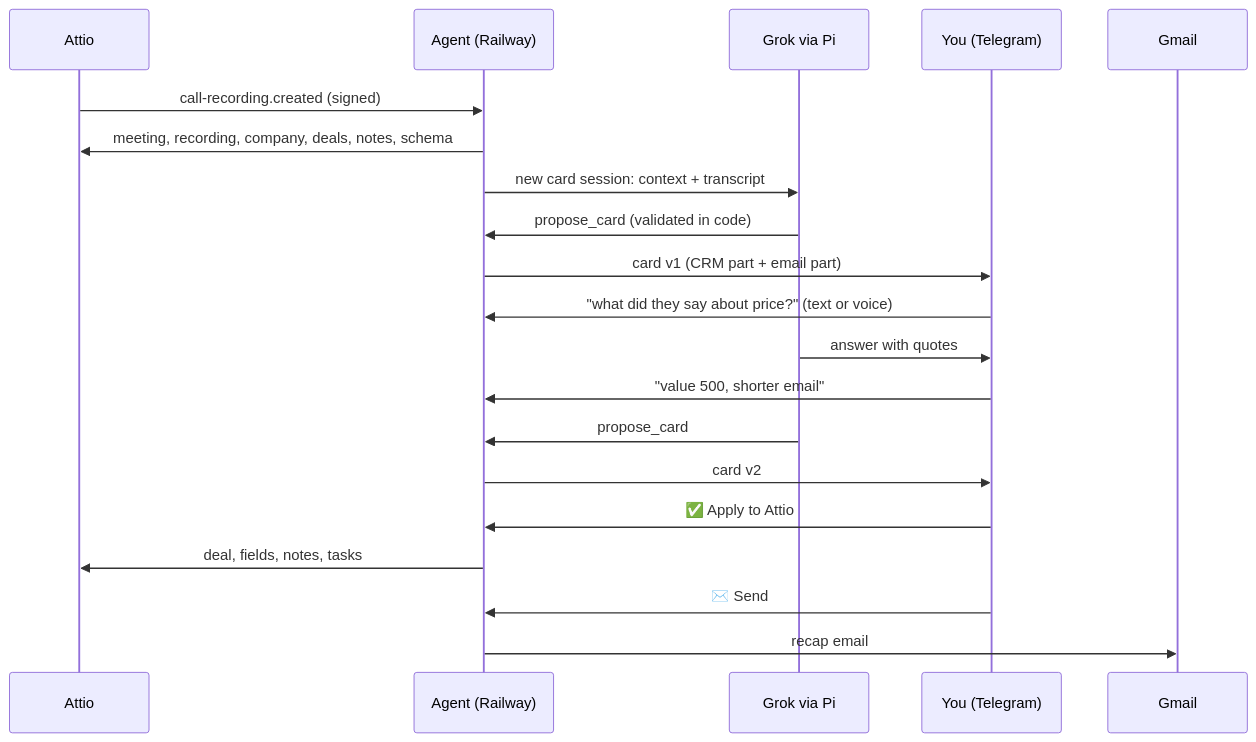
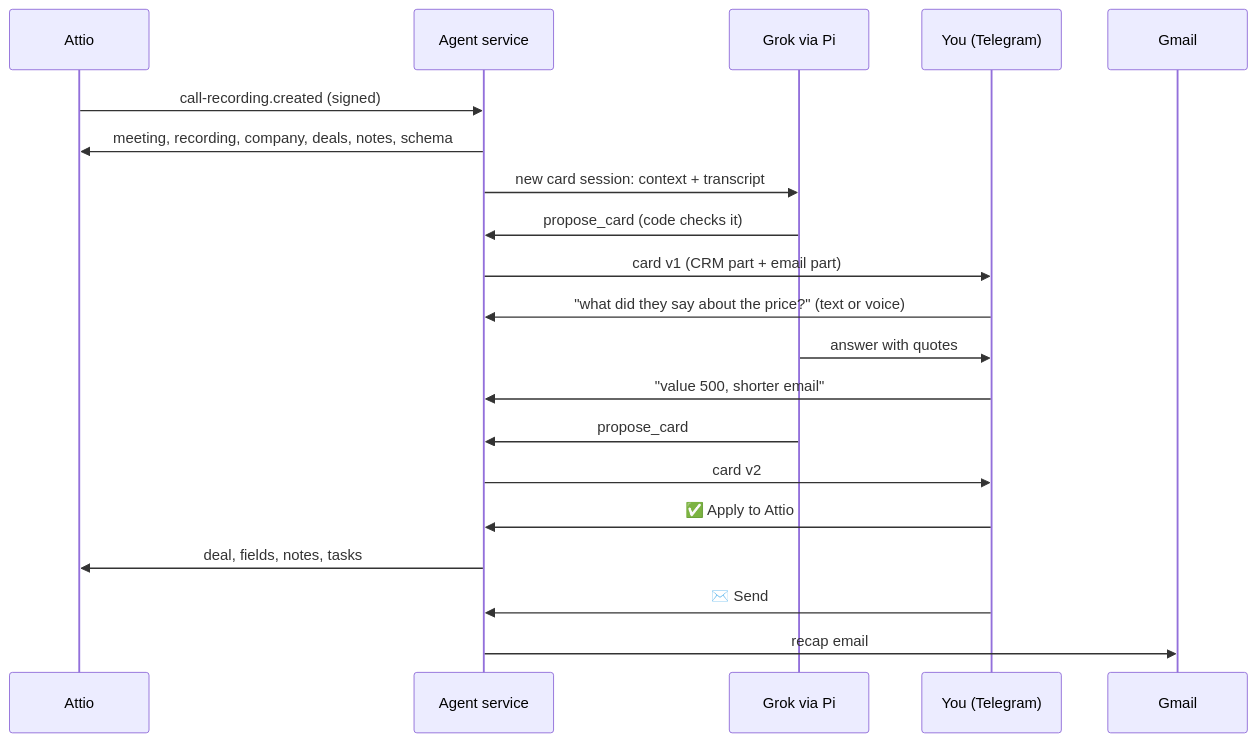
The diagram in README.md (getbeton/attio-call-agent), drawn with Mermaid before and after one commit. The commit also changed other lines of this file, not shown here.

Commit message:
README: ASD-STE100; generic host (Docker or Node 24) instead of Railway

````diff
--- a/README.md
+++ b/README.md
@@ -80,22 +82,22 @@
 ```mermaid
 sequenceDiagram
     participant A as Attio
-    participant S as Agent (Railway)
+    participant S as Agent service
     participant G as Grok via Pi
     participant T as You (Telegram)
     participant M as Gmail
     A->>S: call-recording.created (signed)
     S->>A: meeting, recording, company, deals, notes, schema
     S->>G: new card session: context + transcript
-    G->>S: propose_card (validated in code)
+    G->>S: propose_card (code checks it)
     S->>T: card v1 (CRM part + email part)
-    T->>S: "what did they say about price?" (text or voice)
+    T->>S: "what did they say about the price?" (text or voice)
     G->>T: answer with quotes
     T->>S: "value 500, shorter email"
     G->>S: propose_card
     S->>T: card v2
     T->>S: ✅ Apply to Attio
     S->>A: deal, fields, notes, tasks
     T->>S: ✉️ Send
     S->>M: recap email
 ```
````
